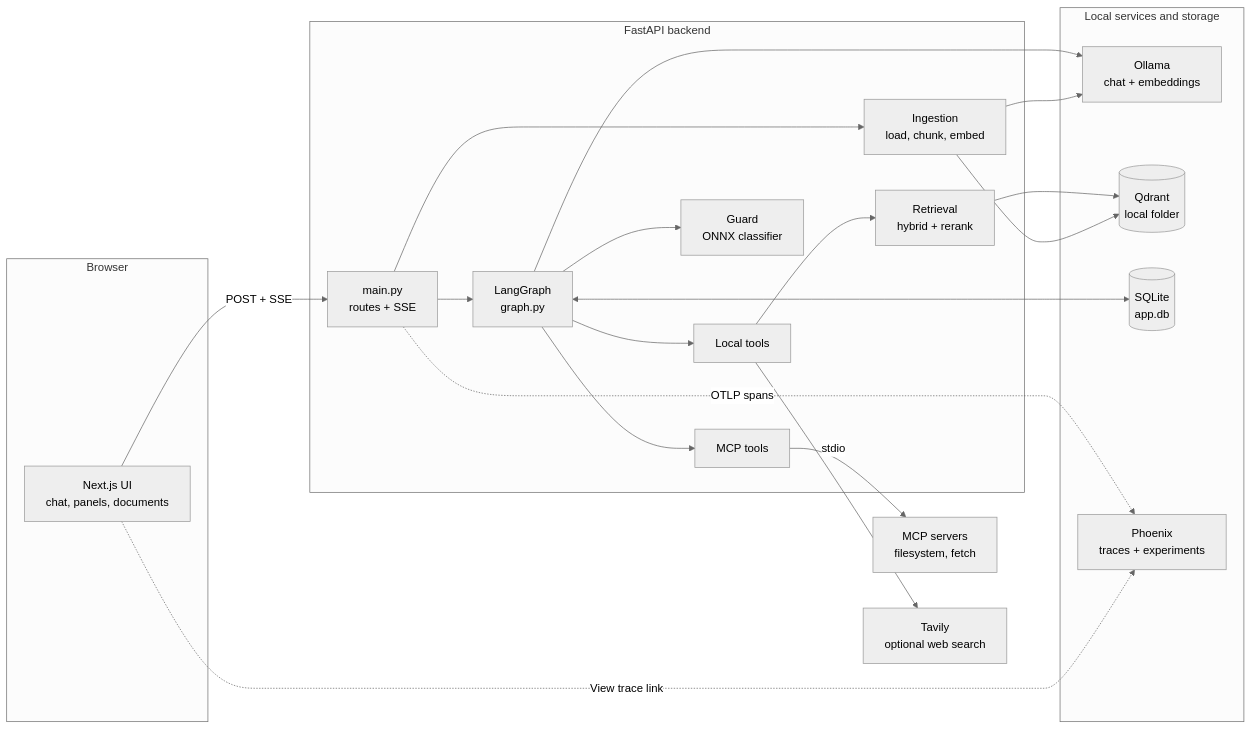
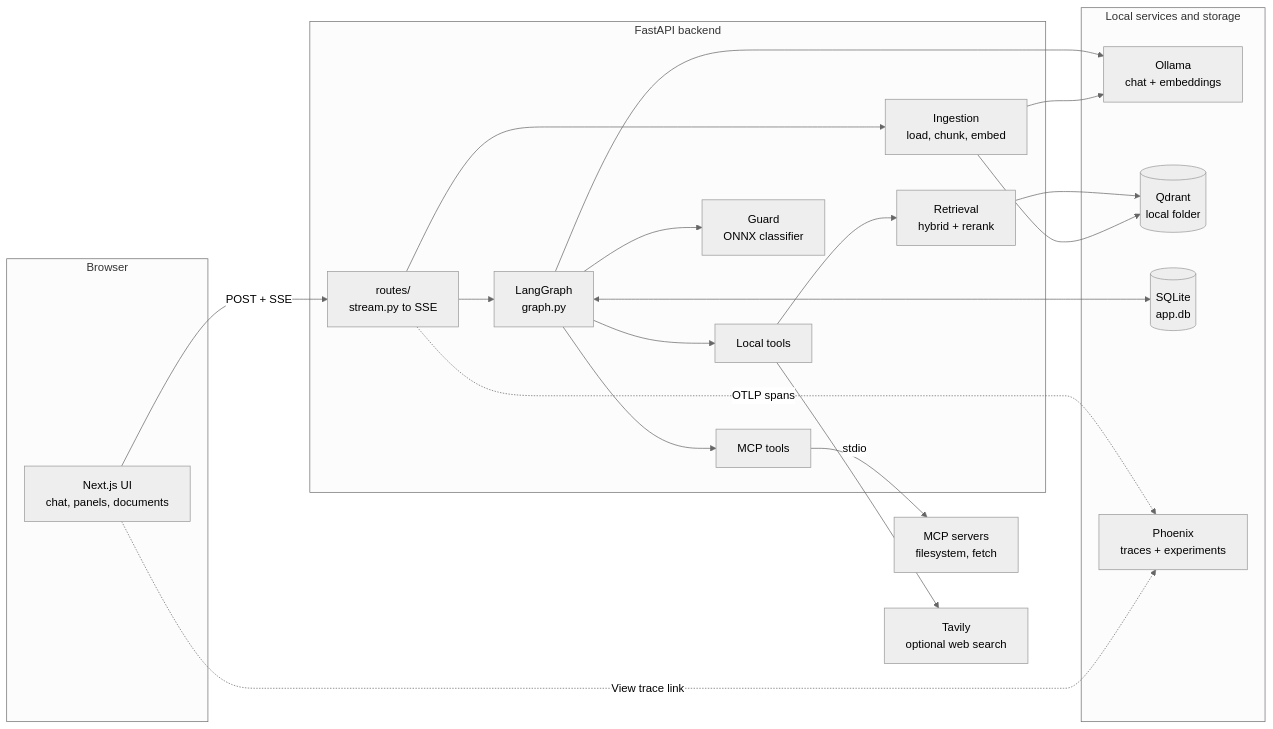
The first of 10 diagrams in README.md (sheddyboy/agent_chat), drawn with Mermaid (neutral theme) before and after one commit. The commit also changed other lines of this file, not shown here.

Commit message:
docs: update README layout for routes/ split

````diff
--- a/README.md
+++ b/README.md
@@ -38,43 +38,43 @@
 ```mermaid
 flowchart LR
     subgraph Browser
         UI["Next.js UI<br/>chat, panels, documents"]
     end
 
     subgraph Backend["FastAPI backend"]
-        API["main.py<br/>routes + SSE"]
+        API["routes/<br/>stream.py to SSE"]
         G["LangGraph<br/>graph.py"]
         T["Local tools"]
         M["MCP tools"]
         GU["Guard<br/>ONNX classifier"]
         ING["Ingestion<br/>load, chunk, embed"]
         RET["Retrieval<br/>hybrid + rerank"]
     end
 
     subgraph Local["Local services and storage"]
         OL["Ollama<br/>chat + embeddings"]
         QD[("Qdrant<br/>local folder")]
         SQ[("SQLite<br/>app.db")]
         PH["Phoenix<br/>traces + experiments"]
     end
 
     MCPS["MCP servers<br/>filesystem, fetch"]
     TAV["Tavily<br/>optional web search"]
 
     UI -- "POST + SSE" --> API
     API --> G
     G --> GU
     G --> OL
     G --> T
     G --> M
     G <--> SQ
     T --> RET
     T --> TAV
     RET --> QD
     API --> ING
     ING --> OL
     ING --> QD
     M -- stdio --> MCPS
     API -. OTLP spans .-> PH
     UI -. "View trace" link .-> PH
 ```
````
